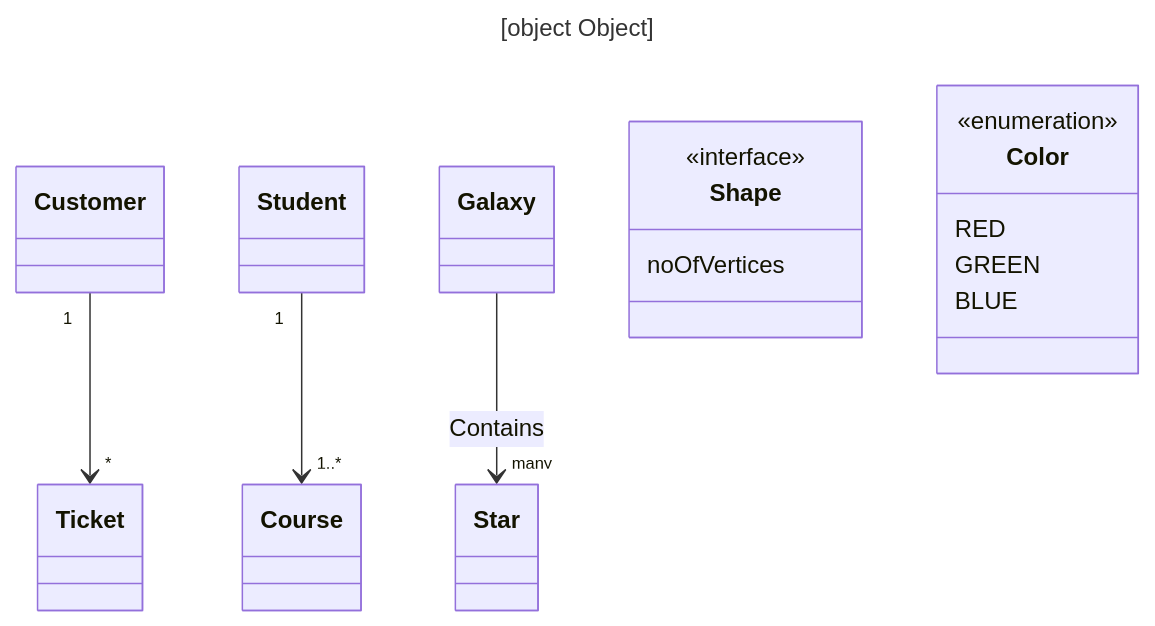
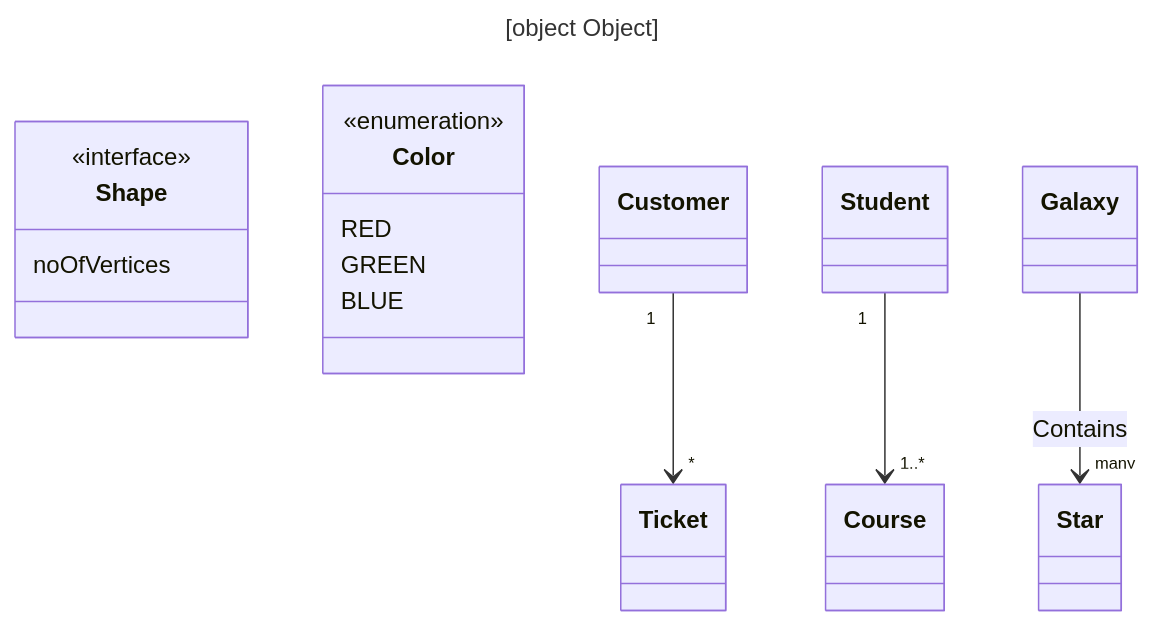
One commit to RichardHightower/docgen changed the first of 3 diagrams in src/main/templates/classes/system.md. Above: the diagram before and after it, drawn with Mermaid. The commit also changed other lines of this file and 62 other files, not shown here.

````diff
--- a/src/main/templates/classes/system.md
+++ b/src/main/templates/classes/system.md
@@ -55,20 +66,21 @@
 ```mermaid
 ---
 title: {{title of the diagram}}
 ---
 classDiagram
-    Customer "1" --> "*" Ticket
-    Student "1" --> "1..*" Course
-    Galaxy --> "many" Star : Contains
+
     class Shape{
         <<interface>>
         noOfVertices
     }
     class Color{
         <<enumeration>>
         RED
         GREEN
         BLUE
     }
+    Customer "1" --> "*" Ticket
+    Student "1" --> "1..*" Course
+    Galaxy --> "many" Star : Contains
 
 ```
````
